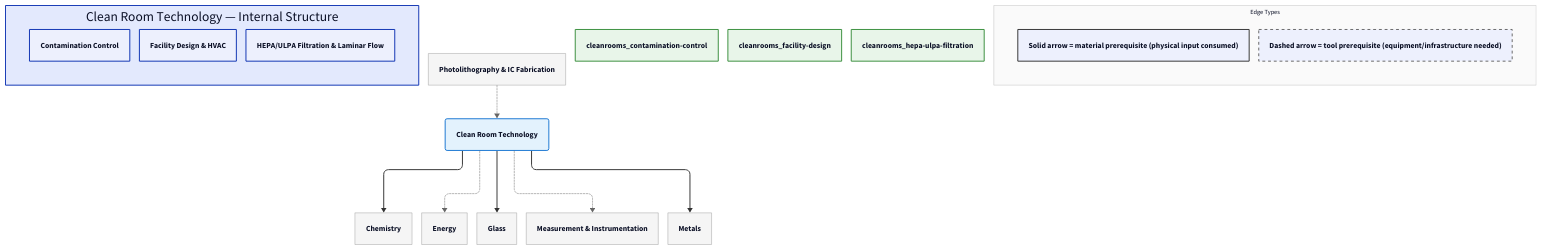
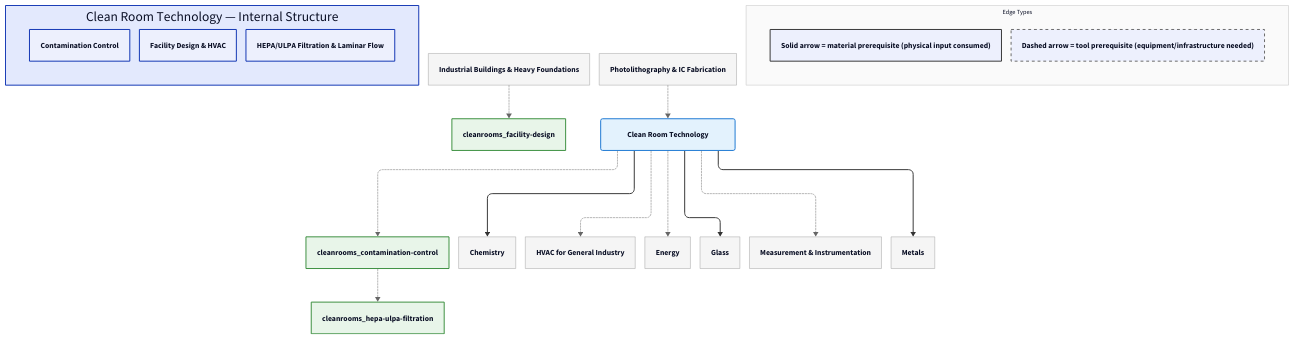
One commit to egofree/TechTree changed the diagram in diagrams/d2/cleanrooms.d2. Above: the diagram before and after it, drawn with D2. The commit also changed 77 other files, not shown here.

First line of the commit message:
chore: regenerate all diagrams after entity additions

```diff
--- a/diagrams/d2/cleanrooms.d2
+++ b/diagrams/d2/cleanrooms.d2
@@ -1,152 +1,164 @@
 vars: {
   d2-config: {
     layout-engine: elk
     pad: 20
     center: true
   }
 }
 
 direction: down
 
 classes: {
   domain: {
     style: {
       fill: "#e3f2fd"
       stroke: "#1976d2"
       stroke-width: 2
       border-radius: 4
     }
   }
   capability: {
     style: {
       fill: "#e8f5e9"
       stroke: "#388e3c"
       stroke-width: 2
     }
   }
   process: {
     style: {
       fill: "#fff3e0"
       stroke: "#f57c00"
       stroke-width: 2
     }
   }
   critical: {
     style: {
       fill: "#fff3e0"
       stroke: "#f57c00"
       stroke-width: 3
       bold: true
     }
   }
   earlyWin: {
     style: {
       fill: "#e8f5e9"
       stroke: "#388e3c"
       stroke-width: 3
     }
   }
   pinnacle: {
     style: {
       fill: "#fce4ec"
       stroke: "#c62828"
       stroke-width: 3
       bold: true
     }
   }
   external: {
     style: {
       fill: "#f5f5f5"
       stroke: "#9e9e9e"
       stroke-width: 1
     }
   }
   legend: {
     style: {
       fill: "#fafafa"
       stroke: "#bdbdbd"
       stroke-width: 1
       font-size: 13
     }
   }
   material-edge: {
     style: {
       stroke: "#333333"
       stroke-width: 2
     }
   }
   tool-edge: {
     style: {
       stroke: "#666666"
       stroke-width: 1
       stroke-dash: 3
     }
   }
 }
 
 # ==================== INTERNAL NODES ====================
 cleanrooms_internal: "Clean Room Technology — Internal Structure" {
   cleanrooms_contamination-control: Contamination Control
   cleanrooms_facility-design: "Facility Design & HVAC"
   cleanrooms_hepa-ulpa-filtration: "HEPA/ULPA Filtration & Laminar Flow"
 }
 
 # ==================== DOMAIN NODE ====================
 cleanrooms: Clean Room Technology
 
 # ==================== EXTERNAL DEPENDENCIES ====================
 chemistry: Chemistry {
   shape: rectangle
 }
+construction_industrial-buildings: "Industrial Buildings & Heavy Foundations" {
+  shape: rectangle
+}
 energy: Energy {
+  shape: rectangle
+}
+energy_hvac: HVAC for General Industry {
   shape: rectangle
 }
 glass: Glass {
   shape: rectangle
 }
 measurement: "Measurement & Instrumentation" {
   shape: rectangle
 }
 metals: Metals {
   shape: rectangle
 }
 photolithography: "Photolithography & IC Fabrication" {
   shape: rectangle
 }
 
 # ==================== EDGES ====================
+cleanrooms_contamination-control -> cleanrooms_hepa-ulpa-filtration: { class: tool-edge }
+cleanrooms -> cleanrooms_contamination-control: { class: tool-edge }
 cleanrooms -> chemistry: { class: material-edge }
+cleanrooms -> energy_hvac: { class: tool-edge }
 cleanrooms -> energy: { class: tool-edge }
 cleanrooms -> glass: { class: material-edge }
 cleanrooms -> measurement: { class: tool-edge }
 cleanrooms -> metals: { class: material-edge }
+construction_industrial-buildings -> cleanrooms_facility-design: { class: tool-edge }
 photolithography -> cleanrooms: { class: tool-edge }
 
 # ==================== STYLING ====================
 cleanrooms.class: domain
 cleanrooms_contamination-control.class: capability
 cleanrooms_facility-design.class: capability
 cleanrooms_hepa-ulpa-filtration.class: capability
 chemistry.class: external
+construction_industrial-buildings.class: external
 energy.class: external
+energy_hvac.class: external
 glass.class: external
 measurement.class: external
 metals.class: external
 photolithography.class: external
 
 # ==================== LEGEND ====================
 d2-legend: "Edge Types" {
   class: legend
   mat: "Solid arrow = material prerequisite (physical input consumed)" {
     style: {
       stroke: "#333333"
       stroke-width: 2
     }
   }
   tool: "Dashed arrow = tool prerequisite (equipment/infrastructure needed)" {
     style: {
       stroke: "#666666"
       stroke-dash: 3
     }
   }
 }
```
